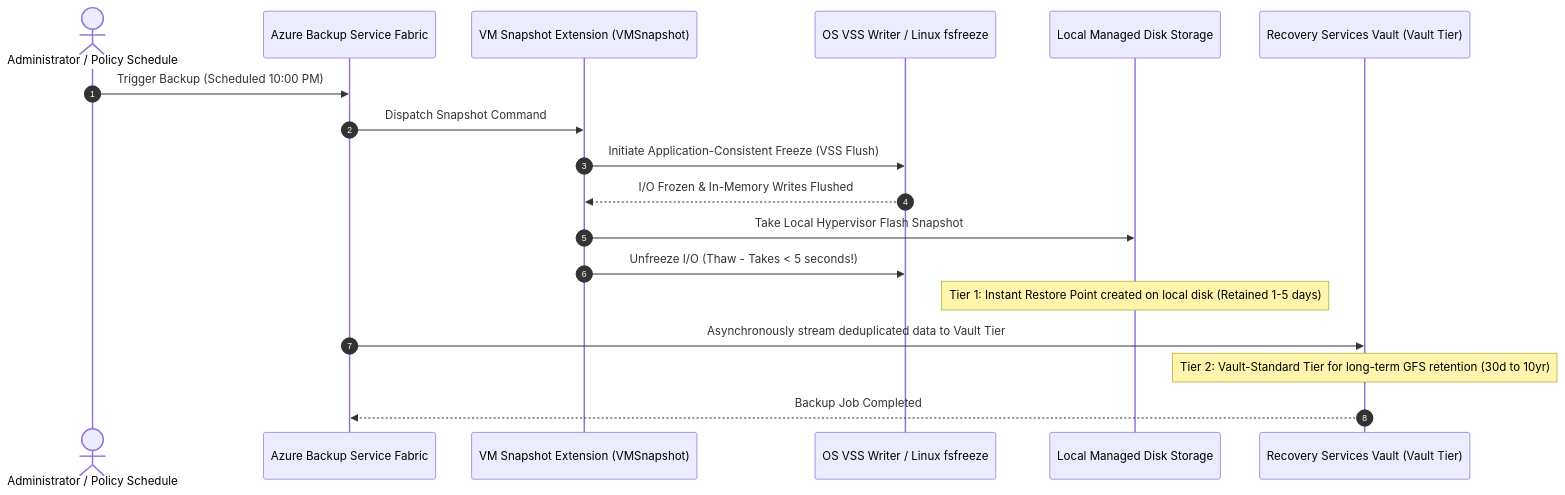
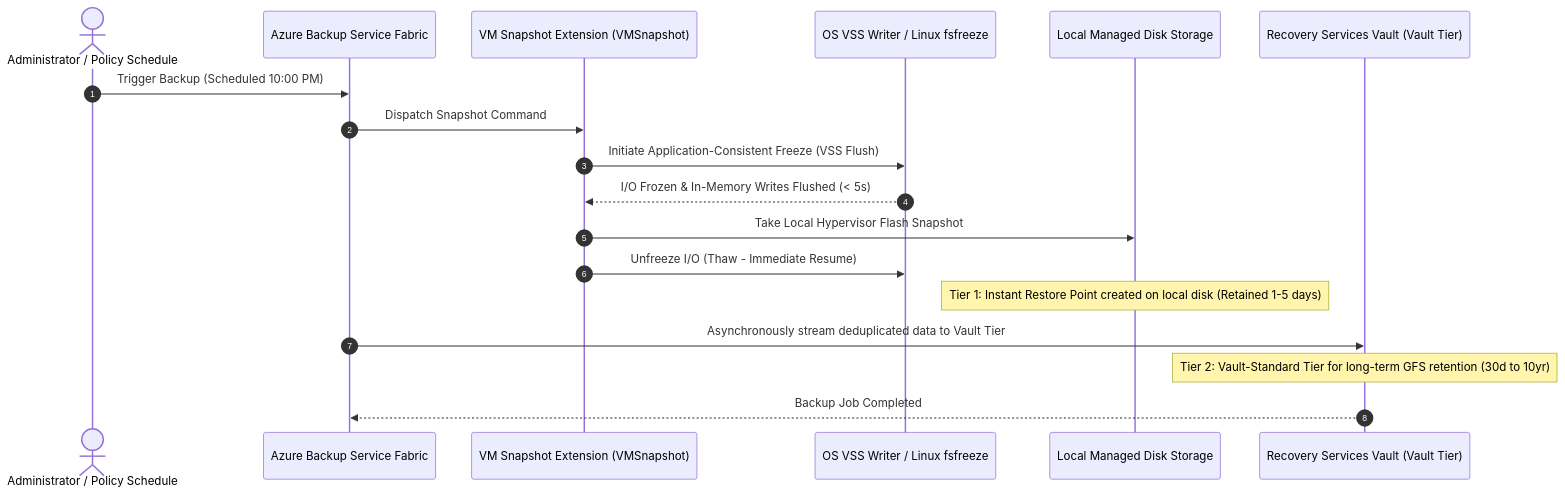
Before and after one commit to kmashour/BrainDump: the first of 3 diagrams in Reference Notes/13-104-11_administer_data_protection.md, drawn with Mermaid. The commit also changed other lines of this file and 6 other files, not shown here.

````diff
--- a/Reference Notes/13-104-11_administer_data_protection.md
+++ b/Reference Notes/13-104-11_administer_data_protection.md
@@ -110,21 +232,21 @@
 ```mermaid
 sequenceDiagram
     autonumber
     actor Admin as Administrator / Policy Schedule
     participant Fabric as Azure Backup Service Fabric
     participant Ext as VM Snapshot Extension (VMSnapshot)
     participant OS as OS VSS Writer / Linux fsfreeze
     participant Disk as Local Managed Disk Storage
     participant Vault as Recovery Services Vault (Vault Tier)
 
     Admin->>Fabric: Trigger Backup (Scheduled 10:00 PM)
     Fabric->>Ext: Dispatch Snapshot Command
     Ext->>OS: Initiate Application-Consistent Freeze (VSS Flush)
-    OS-->>Ext: I/O Frozen & In-Memory Writes Flushed
+    OS-->>Ext: I/O Frozen & In-Memory Writes Flushed (< 5s)
     Ext->>Disk: Take Local Hypervisor Flash Snapshot
-    Ext->>OS: Unfreeze I/O (Thaw - Takes < 5 seconds!)
+    Ext->>OS: Unfreeze I/O (Thaw - Immediate Resume)
     Note over Disk: Tier 1: Instant Restore Point created on local disk (Retained 1-5 days)
     Fabric->>Vault: Asynchronously stream deduplicated data to Vault Tier
     Note over Vault: Tier 2: Vault-Standard Tier for long-term GFS retention (30d to 10yr)
     Vault-->>Fabric: Backup Job Completed
 ```
````
